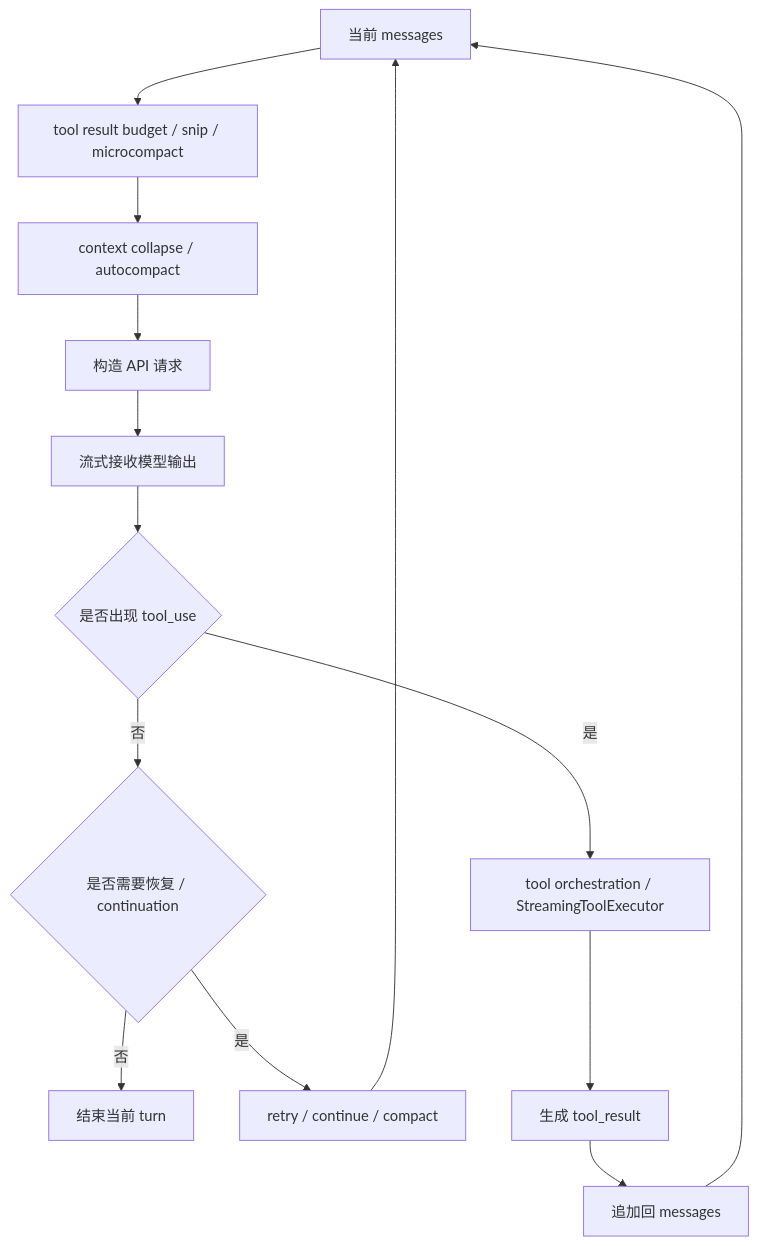
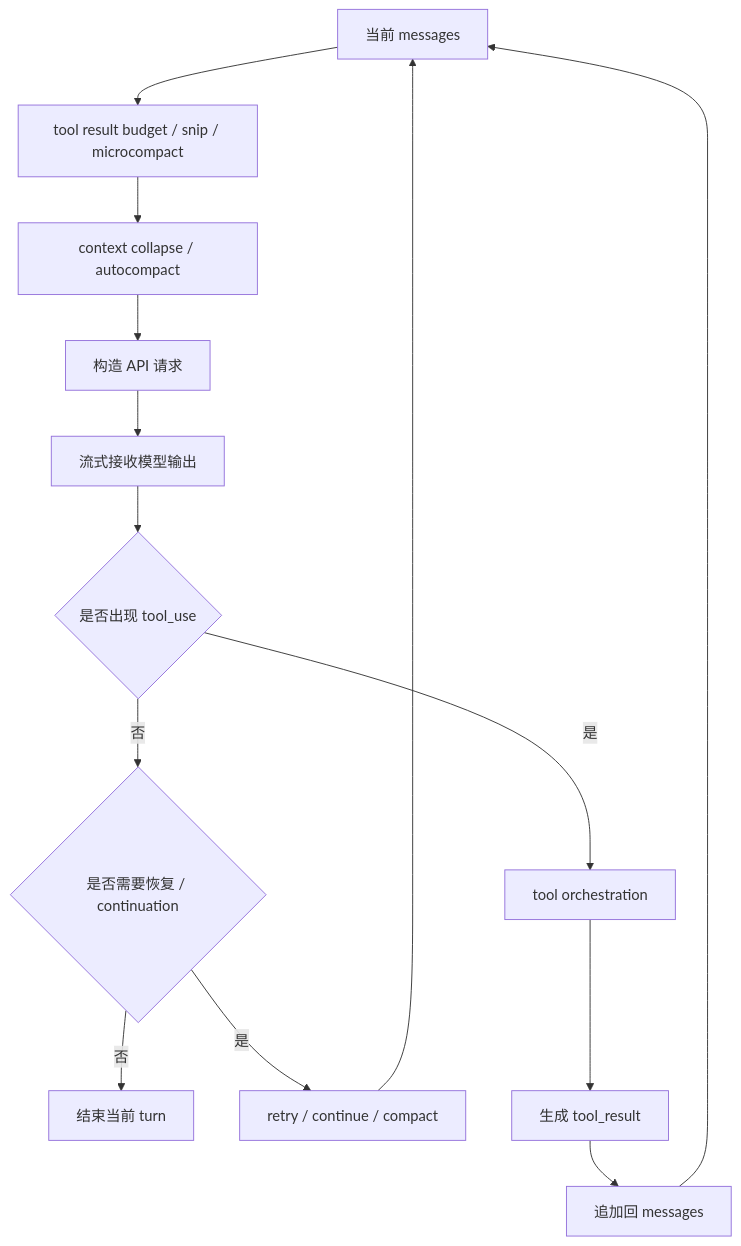
Before and after one commit to boboliu-1010/ccode: the third of 3 diagrams in docs/zh/00-代码总览与运行时走读.md, drawn with Mermaid. The commit also changed other lines of this file and 4 other files, not shown here.

````diff
--- a/docs/zh/00-代码总览与运行时走读.md
+++ b/docs/zh/00-代码总览与运行时走读.md
@@ -302,16 +148,16 @@
 ```mermaid
 flowchart TD
     A["当前 messages"] --> B["tool result budget / snip / microcompact"]
     B --> C["context collapse / autocompact"]
     C --> D["构造 API 请求"]
     D --> E["流式接收模型输出"]
     E --> F{"是否出现 tool_use"}
     F -- 否 --> G{"是否需要恢复 / continuation"}
     G -- 否 --> H["结束当前 turn"]
     G -- 是 --> I["retry / continue / compact"]
     I --> A
-    F -- 是 --> J["tool orchestration / StreamingToolExecutor"]
+    F -- 是 --> J["tool orchestration"]
     J --> K["生成 tool_result"]
     K --> L["追加回 messages"]
     L --> A
 ```
````
